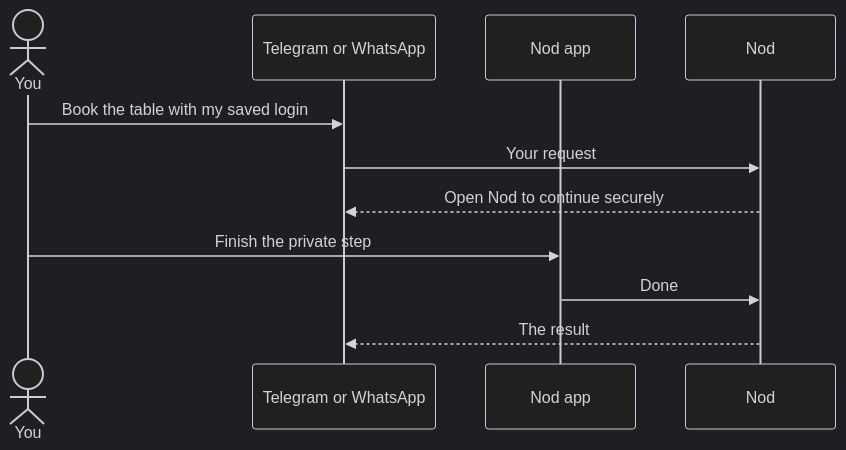
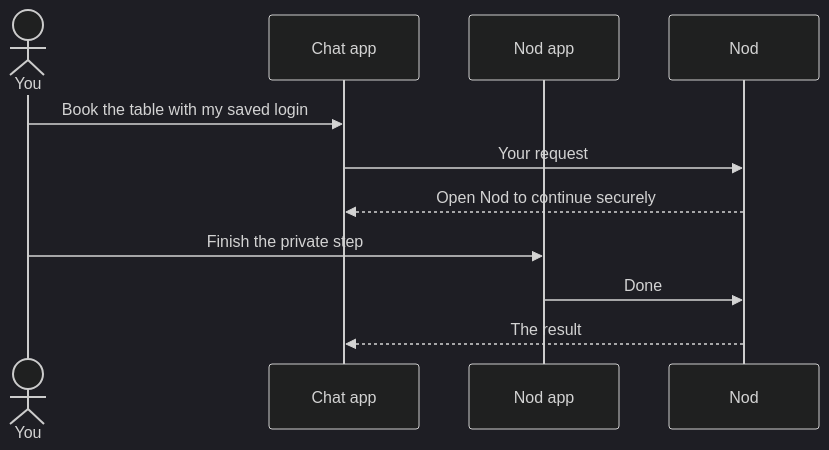
Before and after one commit to builtafterhours/nod: the diagram in docs/src/content/docs/use/channels.mdx, drawn with Mermaid (dark theme). The commit also changed other lines of this file and 5 other files, not shown here.

Commit message:
docs: name Slack where chat-app behaviour now includes it

````diff
--- a/docs/src/content/docs/use/channels.mdx
+++ b/docs/src/content/docs/use/channels.mdx
@@ -284,13 +284,13 @@
 ```mermaid
 sequenceDiagram
   actor You
-  participant Chat as Telegram or WhatsApp
+  participant Chat as Chat app
   participant App as Nod app
   participant Nod
   You->>Chat: Book the table with my saved login
   Chat->>Nod: Your request
   Nod-->>Chat: Open Nod to continue securely
   You->>App: Finish the private step
   App->>Nod: Done
   Nod-->>Chat: The result
 ```
````
